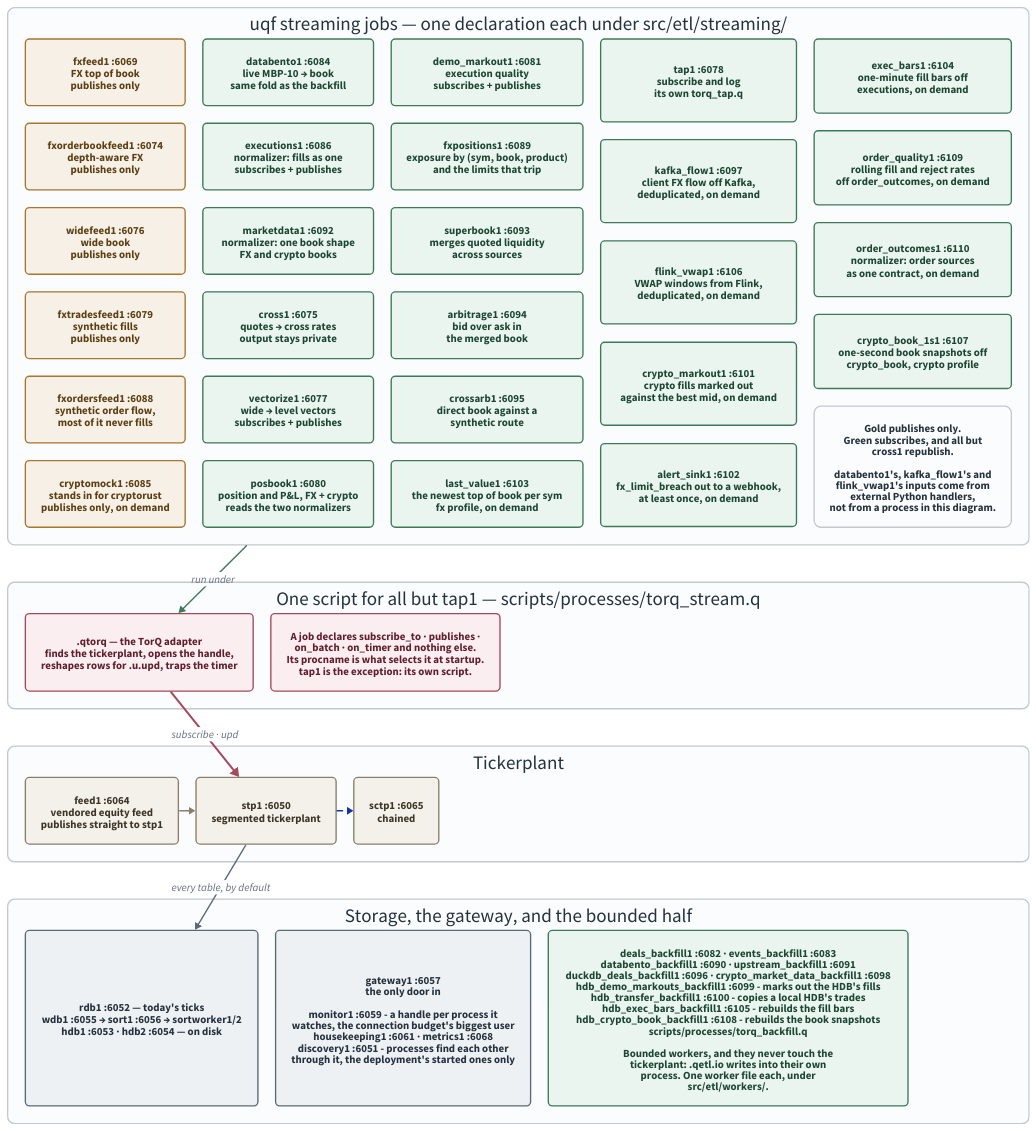
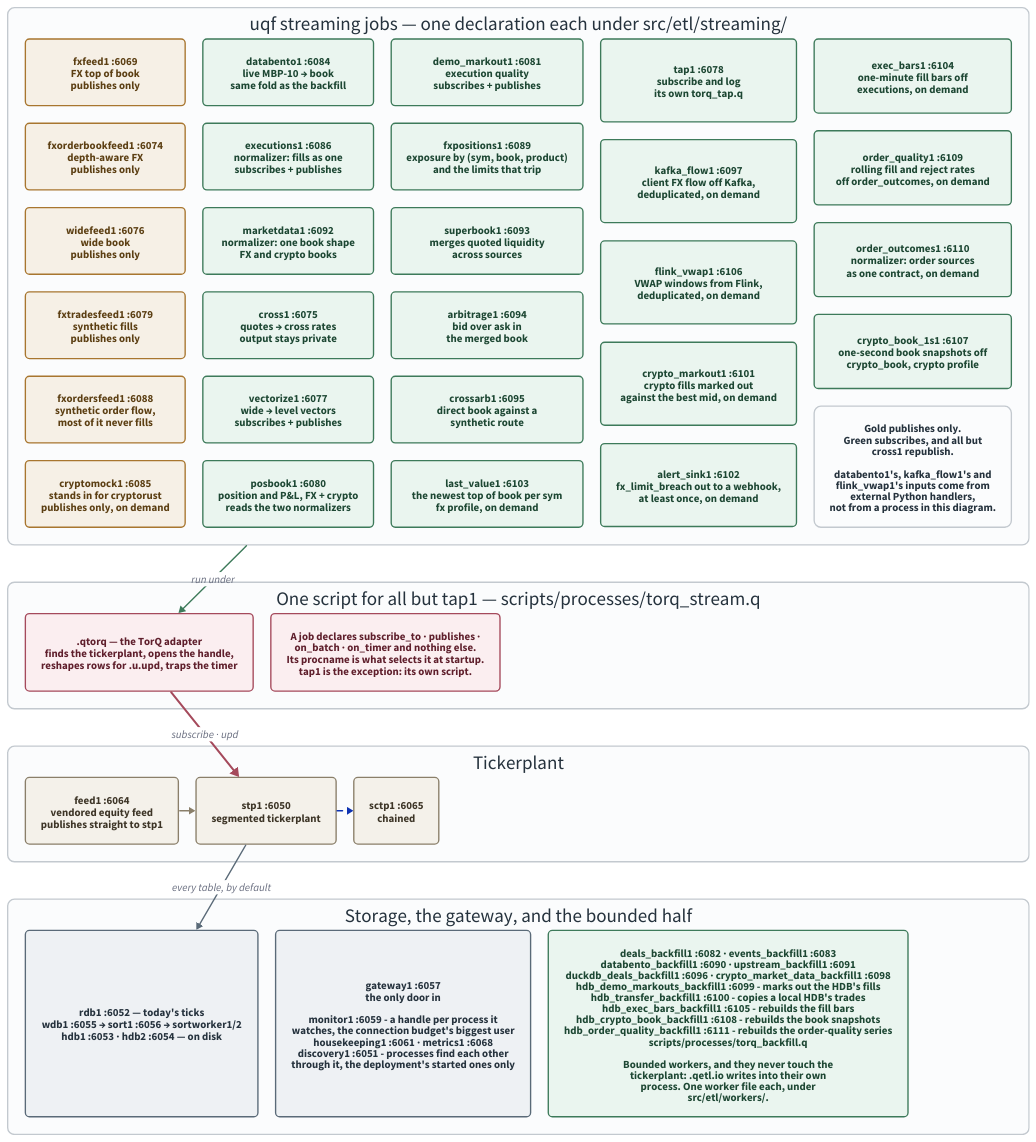
One commit to kwojdalski/uqf changed the diagram in docs/diagrams/stack-topology.d2. Above: the diagram before and after it, drawn with D2. The commit also changed 3 other files, not shown here.

First line of the commit message:
Regenerate q facts and tableproperties after merging master; draw the twin in stack-topology (order_outcomes, order_quality twin)

```diff
--- a/docs/diagrams/stack-topology.d2
+++ b/docs/diagrams/stack-topology.d2
@@ -1,176 +1,176 @@
 # stack-topology.d2 - who connects to whom over IPC in the running stack.
 #
 # Rendered by scripts/generate/render_diagrams.py, which CI runs with
 # --check. Embedded from docs/architecture/stack.md.
 #
 # Ports are the defaults at base 6050; every one is {KDBBASEPORT}+offset, so
 # a different base shifts them all together. The authority for the offsets
 # is docs/reference/processes.md, which is GENERATED from the
 # pipeline registry - if this diagram and that table disagree, the table is
 # right.
 # scripts/gates/check_diagram_ports.py fails the build when any `name :port`
 # label here disagrees with that authority (#1369).
 #
 # WHAT THIS SHOWS THAT THE MERMAID VERSION DID NOT (#245).
 #
 # Every uqf streaming process but tap1 runs the SAME script. Since #204 a
 # streaming job is a declaration under src/etl/streaming/ and
 # processes/torq_stream.q is the one runner; which job a process runs is
 # decided by its procname at startup. The old diagram drew a script per
 # process, which is what the stack looked like before .qetl.job.stream and is the
 # single most misleading thing about it.
 #
 # The two connection patterns are still real and still different - publish
 # only, versus an access-listed subscribe - but a job performs neither
 # itself now. .qtorq does both on its behalf, which is why the adapter is
 # drawn between the processes and the tickerplant rather than left out.
 #
 # Backfills are on here too, and were not before. They are the other half
 # of the ETL tree and they reach the tickerplant NOT AT ALL: a bounded
 # worker writes through .qetl.io into its own process, so its rows never
 # traverse stp1. Drawing them beside the streaming jobs is the point - the
 # two halves look alike in the code and take completely different paths to
 # storage.
 
 direction: down
 
 grid-rows: 4
 grid-gap: 55
 
 vars: {
   d2-config: {
     pad: 40
   }
 }
 
 # Same palette as repo-overview.d2, so the set reads as one system: light
 # fills with dark text in both themes rather than a --dark-theme pairing,
 # which d2 still applies explicit styles over (d2lang/d2#831).
 classes: {
   feed: {
     style: {
       fill: "#f6f0e6"
       stroke: "#a8762f"
       font-color: "#5c3f13"
       border-radius: 6
     }
   }
   job: {
     style: {
       fill: "#eaf5ef"
       stroke: "#3d7a5a"
       font-color: "#1d4733"
       border-radius: 6
     }
   }
   adapter: {
     style: {
       fill: "#fbeef0"
       stroke: "#a54a5c"
       font-color: "#5f1f2c"
       border-radius: 6
     }
   }
   store: {
     style: {
       fill: "#eef1f4"
       stroke: "#5a6a78"
       font-color: "#25323d"
       border-radius: 6
     }
   }
   vendored: {
     style: {
       fill: "#f4f1ea"
       stroke: "#8a7f6a"
       font-color: "#3d3527"
       border-radius: 6
     }
   }
   band: {
     style: {
       fill: "#fbfcfd"
       stroke: "#c3c9cf"
       font-color: "#25323d"
       stroke-width: 2
       border-radius: 10
     }
   }
 }
 
 jobs: "uqf streaming jobs — one declaration each under src/etl/streaming/" {
   class: band
   grid-columns: 5
   grid-gap: 26
 
   fxfeed1: "fxfeed1 :6069\nFX top of book\npublishes only" { class: feed }
   fxorderbookfeed1: "fxorderbookfeed1 :6074\ndepth-aware FX\npublishes only" { class: feed }
   widefeed1: "widefeed1 :6076\nwide book\npublishes only" { class: feed }
   fxtradesfeed1: "fxtradesfeed1 :6079\nsynthetic fills\npublishes only" { class: feed }
   fxordersfeed1: "fxordersfeed1 :6088\nsynthetic order flow,\nmost of it never fills" { class: feed }
 
   cryptomock1: "cryptomock1 :6085\nstands in for cryptorust\npublishes only, on demand" { class: feed }
   databento1: "databento1 :6084\nlive MBP-10 → book\nsame fold as the backfill" { class: job }
   executions1: "executions1 :6086\nnormalizer: fills as one\nsubscribes + publishes" { class: job }
   marketdata1: "marketdata1 :6092\nnormalizer: one book shape\nFX and crypto books" { class: job }
 
   cross1: "cross1 :6075\nquotes → cross rates\noutput stays private" { class: job }
   vectorize1: "vectorize1 :6077\nwide → level vectors\nsubscribes + publishes" { class: job }
   posbook1: "posbook1 :6080\nposition and P&L, FX + crypto\nreads the two normalizers" { class: job }
   demo_markout1: "demo_markout1 :6081\nexecution quality\nsubscribes + publishes" { class: job }
   fxpositions1: "fxpositions1 :6089\nexposure by (sym, book, product)\nand the limits that trip" { class: job }
 
   superbook1: "superbook1 :6093\nmerges quoted liquidity\nacross sources" { class: job }
   arbitrage1: "arbitrage1 :6094\nbid over ask in\nthe merged book" { class: job }
   crossarb1: "crossarb1 :6095\ndirect book against a\nsynthetic route" { class: job }
   last_value1: "last_value1 :6103\nthe newest top of book per sym\nfx profile, on demand" { class: job }
   tap1: "tap1 :6078\nsubscribe and log\nits own torq_tap.q" { class: job }
   kafka_flow1: "kafka_flow1 :6097\nclient FX flow off Kafka,\ndeduplicated, on demand" { class: job }
   flink_vwap1: "flink_vwap1 :6106\nVWAP windows from Flink,\ndeduplicated, on demand" { class: job }
   crypto_markout1: "crypto_markout1 :6101\ncrypto fills marked out\nagainst the best mid, on demand" { class: job }
   alert_sink1: "alert_sink1 :6102\nfx_limit_breach out to a webhook,\nat least once, on demand" { class: job }
   exec_bars1: "exec_bars1 :6104\none-minute fill bars off\nexecutions, on demand" { class: job }
   order_quality1: "order_quality1 :6109\nrolling fill and reject rates\noff order_outcomes, on demand" { class: job }
   order_outcomes1: "order_outcomes1 :6110\nnormalizer: order sources\nas one contract, on demand" { class: job }
   crypto_book_1s1: "crypto_book_1s1 :6107\none-second book snapshots off\ncrypto_book, crypto profile" { class: job }
   legend: "Gold publishes only.\nGreen subscribes, and all but\ncross1 republish.\n\ndatabento1's, kafka_flow1's and\nflink_vwap1's inputs come from\nexternal Python handlers,\nnot from a process in this diagram." { class: band }
 }
 
 runner: "One script for all but tap1 — scripts/processes/torq_stream.q" {
   class: band
   grid-columns: 2
   grid-gap: 26
 
   qtorq: ".qtorq — the TorQ adapter\nfinds the tickerplant, opens the handle,\nreshapes rows for .u.upd, traps the timer" { class: adapter }
   note: "A job declares subscribe_to · publishes ·\non_batch · on_timer and nothing else.\nIts procname is what selects it at startup.\ntap1 is the exception: its own script." { class: adapter }
 }
 
 tp: "Tickerplant" {
   class: band
   grid-columns: 3
   grid-gap: 26
 
   feed1: "feed1 :6064\nvendored equity feed\npublishes straight to stp1" { class: vendored }
   stp: "stp1 :6050\nsegmented tickerplant" { class: vendored }
   sctp: "sctp1 :6065\nchained" { class: vendored }
 
   feed1 -> stp { style.stroke: "#8a7f6a" }
   stp -> sctp { style.stroke-dash: 4 }
 }
 
 downstream: "Storage, the gateway, and the bounded half" {
   class: band
   grid-columns: 3
   grid-gap: 26
 
   storage: "rdb1 :6052 — today's ticks\nwdb1 :6055 → sort1 :6056 → sortworker1/2\nhdb1 :6053 · hdb2 :6054 — on disk" { class: store }
   gw: "gateway1 :6057\nthe only door in\n\nmonitor1 :6059 - a handle per process it\nwatches, the connection budget's biggest user\nhousekeeping1 :6061 · metrics1 :6068\ndiscovery1 :6051 - processes find each other\nthrough it, the deployment's started ones only" { class: store }
-  backfills: "deals_backfill1 :6082 · events_backfill1 :6083\ndatabento_backfill1 :6090 · upstream_backfill1 :6091\nduckdb_deals_backfill1 :6096 · crypto_market_data_backfill1 :6098\nhdb_demo_markouts_backfill1 :6099 - marks out the HDB's fills\nhdb_transfer_backfill1 :6100 - copies a local HDB's trades\nhdb_exec_bars_backfill1 :6105 - rebuilds the fill bars\nhdb_crypto_book_backfill1 :6108 - rebuilds the book snapshots\nscripts/processes/torq_backfill.q\n\nBounded workers, and they never touch the\ntickerplant: .qetl.io writes into their own\nprocess. One worker file each, under\nsrc/etl/workers/." { class: job }
+  backfills: "deals_backfill1 :6082 · events_backfill1 :6083\ndatabento_backfill1 :6090 · upstream_backfill1 :6091\nduckdb_deals_backfill1 :6096 · crypto_market_data_backfill1 :6098\nhdb_demo_markouts_backfill1 :6099 - marks out the HDB's fills\nhdb_transfer_backfill1 :6100 - copies a local HDB's trades\nhdb_exec_bars_backfill1 :6105 - rebuilds the fill bars\nhdb_crypto_book_backfill1 :6108 - rebuilds the book snapshots\nhdb_order_quality_backfill1 :6111 - rebuilds the order-quality series\nscripts/processes/torq_backfill.q\n\nBounded workers, and they never touch the\ntickerplant: .qetl.io writes into their own\nprocess. One worker file each, under\nsrc/etl/workers/." { class: job }
 }
 
 jobs -> runner.qtorq: "run under" { style.stroke: "#3d7a5a" }
 runner.qtorq -> tp.stp: "subscribe · upd" {
   style.stroke: "#a54a5c"
   style.stroke-width: 3
 }
 tp.stp -> downstream.storage: "every table, by default" { style.stroke: "#5a6a78" }
```
